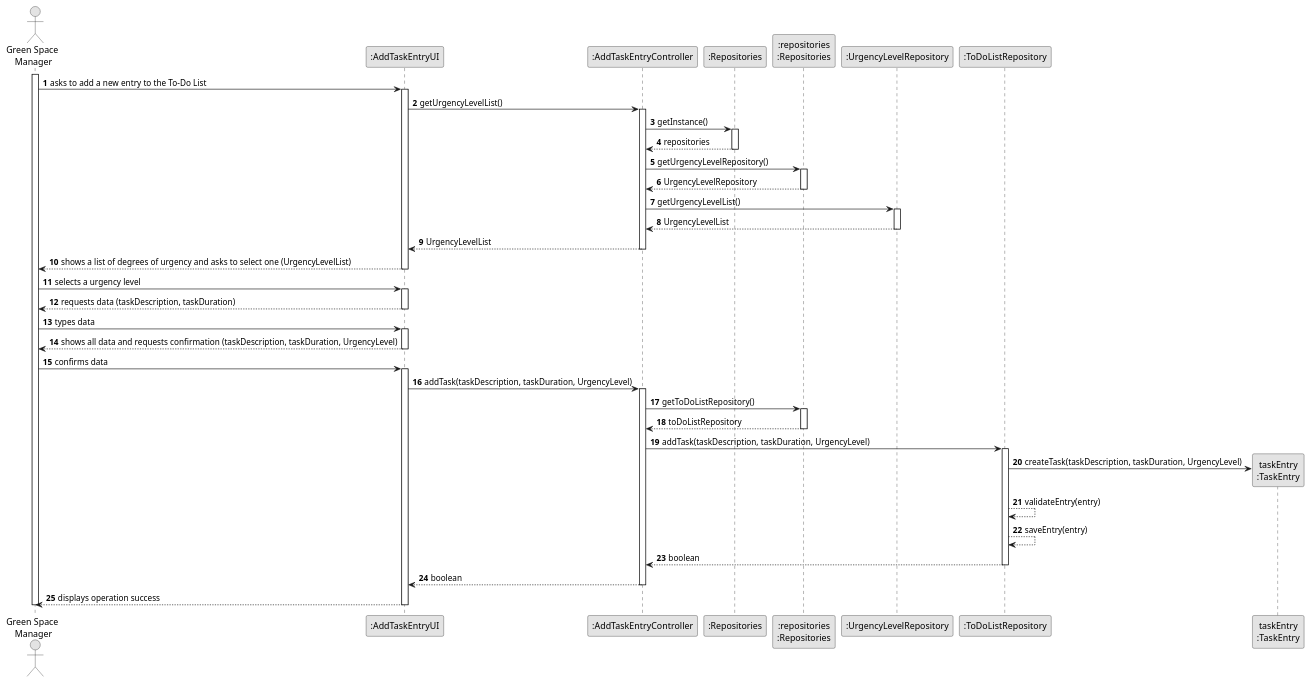
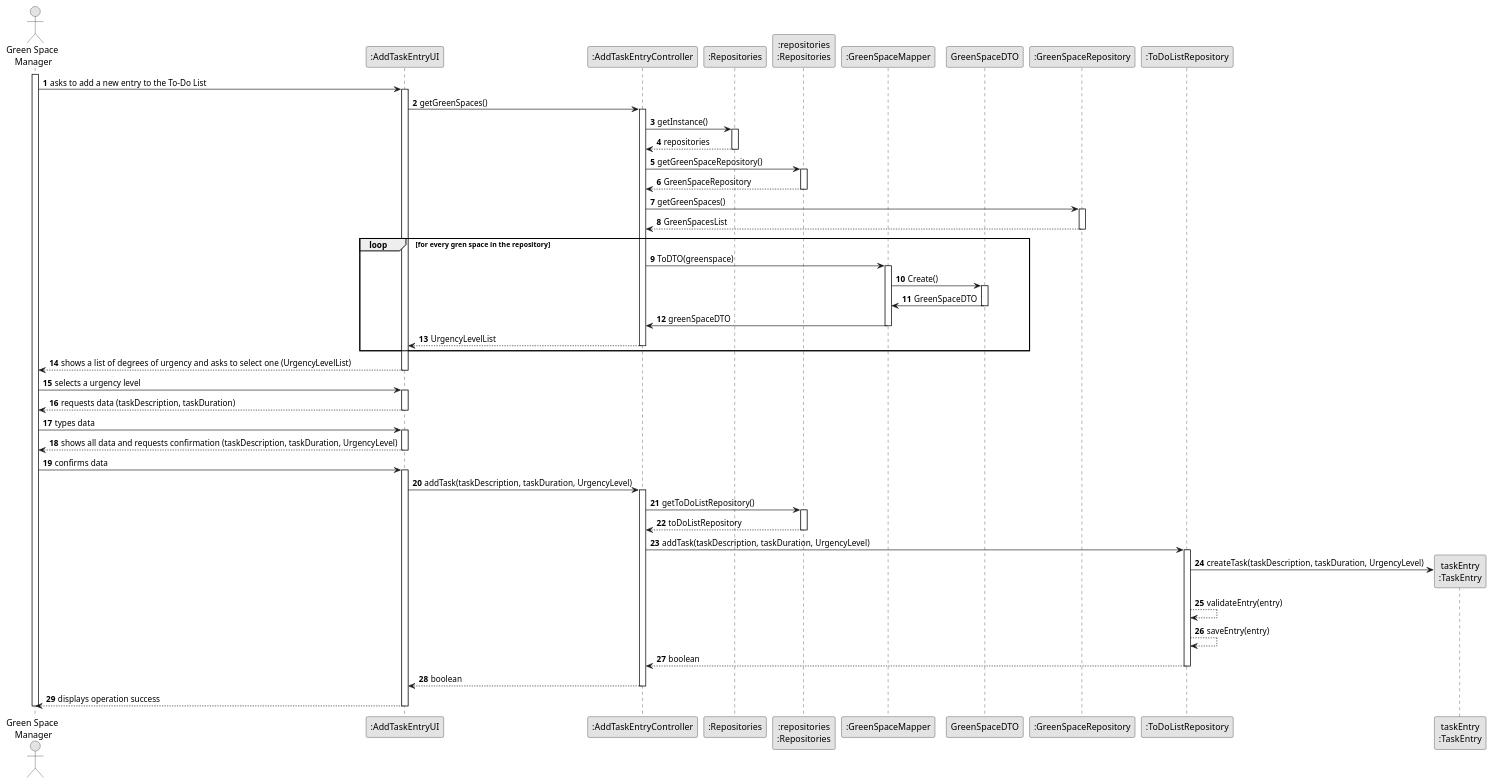
Before and after one commit to Departamento-de-Engenharia-Informatica/lei-24-s2-1dkl-g134: the diagram in docs/sprintC/us021/03.design/puml/us021-sequence-diagram-full.puml, drawn with PlantUML. The commit also changed 2 other files, not shown here.

```diff
--- a/docs/sprintC/us021/03.design/puml/us021-sequence-diagram-full.puml
+++ b/docs/sprintC/us021/03.design/puml/us021-sequence-diagram-full.puml
@@ -1,92 +1,102 @@
 @startuml
 skinparam monochrome true
 skinparam packageStyle rectangle
 skinparam shadowing false
 
 autonumber
 
 'hide footbox
 actor "Green Space \nManager" as ADM
 participant ":AddTaskEntryUI" as UI
 participant ":AddTaskEntryController" as CTRL
 participant ":Repositories" as RepositorySingleton
 participant ":repositories\n:Repositories" as PLAT
-
-participant ":UrgencyLevelRepository" as URG
+participant ":GreenSpaceMapper" as MAP
+participant "GreenSpaceDTO" as DTO
+participant ":GreenSpaceRepository" as URG
 participant ":ToDoListRepository" as TDR
 participant "taskEntry\n:TaskEntry" as TASK
 
 activate ADM
 
     ADM -> UI : asks to add a new entry to the To-Do List
     activate UI
 
-        UI -> CTRL : getUrgencyLevelList()
+        UI -> CTRL : getGreenSpaces()
         activate CTRL
 
             CTRL -> RepositorySingleton : getInstance()
             activate RepositorySingleton
 
                 RepositorySingleton --> CTRL : repositories
             deactivate RepositorySingleton
 
-            CTRL -> PLAT : getUrgencyLevelRepository()
+            CTRL -> PLAT : getGreenSpaceRepository()
             activate PLAT
 
-                PLAT --> CTRL : UrgencyLevelRepository
+                PLAT --> CTRL : GreenSpaceRepository
             deactivate PLAT
 
-            CTRL -> URG : getUrgencyLevelList()
+            CTRL -> URG : getGreenSpaces()
             activate URG
 
-                URG --> CTRL : UrgencyLevelList
+                URG --> CTRL : GreenSpacesList
             deactivate URG
 
+            loop for every gren space in the repository
+            CTRL -> MAP : ToDTO(greenspace)
+            activate MAP
+                MAP -> DTO: Create()
+                activate DTO
+                    DTO -> MAP:GreenSpaceDTO
+                deactivate DTO
+                MAP -> CTRL: greenSpaceDTO
+            deactivate
             CTRL --> UI : UrgencyLevelList
         deactivate CTRL
-
+            end
         UI --> ADM : shows a list of degrees of urgency and asks to select one (UrgencyLevelList)
     deactivate UI
 
     ADM -> UI : selects a urgency level
     activate UI
 
         UI --> ADM : requests data (taskDescription, taskDuration)
     deactivate UI
 
     ADM -> UI : types data
     activate UI
 
         UI --> ADM : shows all data and requests confirmation (taskDescription, taskDuration, UrgencyLevel)
     deactivate UI
 
     ADM -> UI : confirms data
     activate UI
 
         UI -> CTRL : addTask(taskDescription, taskDuration, UrgencyLevel)
         activate CTRL
 
             CTRL -> PLAT : getToDoListRepository()
             activate PLAT
 
                 PLAT --> CTRL : toDoListRepository
             deactivate PLAT
 
             CTRL -> TDR : addTask(taskDescription, taskDuration, UrgencyLevel)
             activate TDR
 
                 TDR -> TASK** : createTask(taskDescription, taskDuration, UrgencyLevel)
                 TDR --> TDR : validateEntry(entry)
                 TDR --> TDR : saveEntry(entry)
                 TDR --> CTRL : boolean
             deactivate TDR
 
             CTRL --> UI : boolean
         deactivate CTRL
 
         UI --> ADM : displays operation success
     deactivate UI
 
 deactivate ADM
 
 @enduml
```
